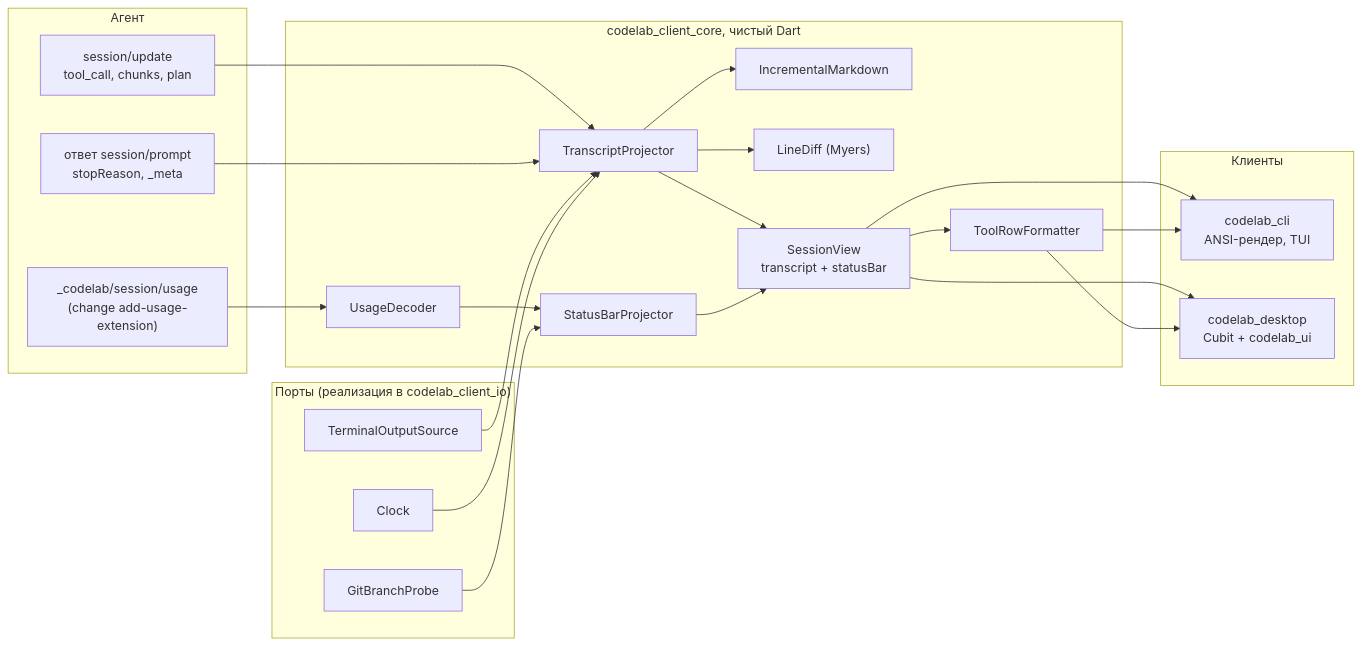
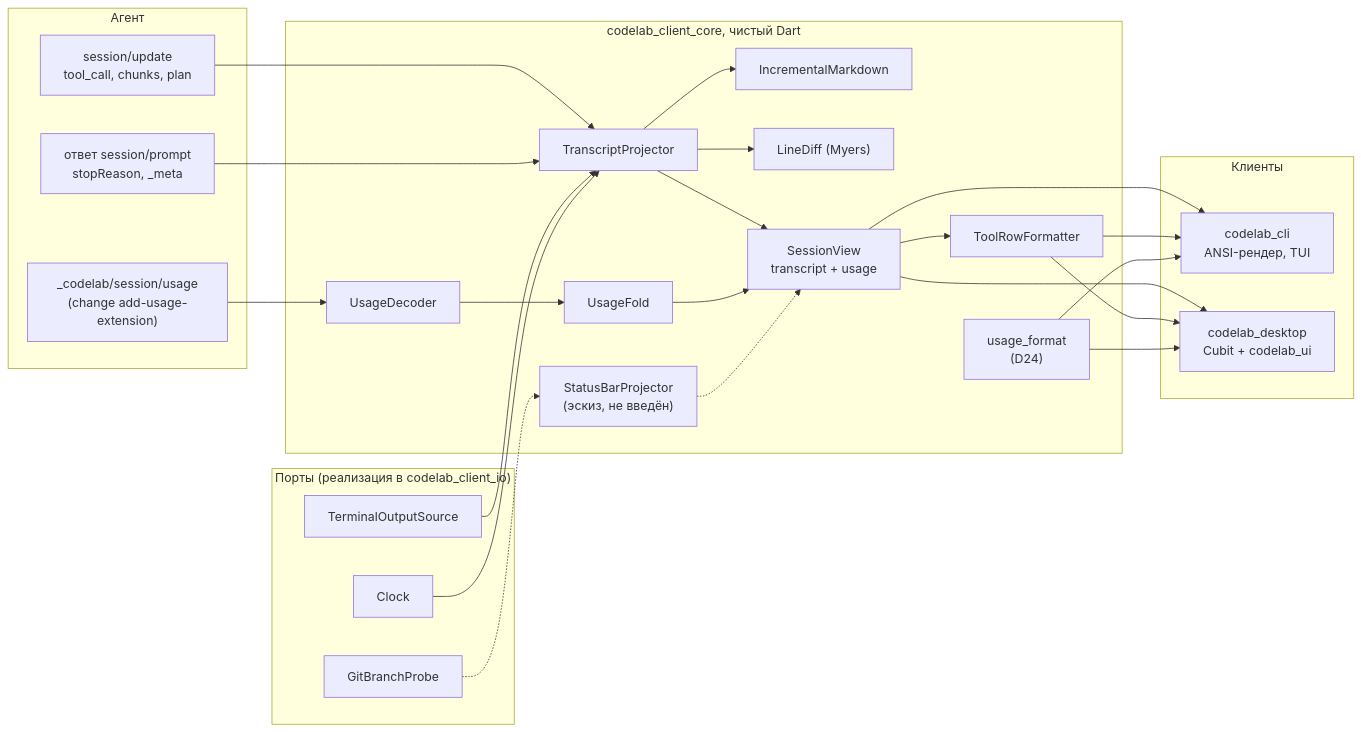
The diagram in docs/architecture/proposals/dart-agent-and-clients/12-1-view-model.md (pese-git/codelab-app), drawn with Mermaid before and after one commit. The commit also changed other lines of this file and 9 other files, not shown here.

Commit message:
docs: add-usage-extension — итерация 4: итог ручной проверки (D25), noUsage у шага, прерванного отменой без usage провайдера (D26), Q20, сверка документов архитектуры с кодом (4.2), отступление артборда CliStatus

````diff
--- a/docs/architecture/proposals/dart-agent-and-clients/12-1-view-model.md
+++ b/docs/architecture/proposals/dart-agent-and-clients/12-1-view-model.md
@@ -29,42 +29,47 @@
 ```mermaid
 flowchart LR
     subgraph Agent["Агент"]
         SU["session/update<br/>tool_call, chunks, plan"]
         PR["ответ session/prompt<br/>stopReason, _meta"]
         UX["_codelab/session/usage<br/>(change add-usage-extension)"]
     end
     subgraph Kit["codelab_client_core, чистый Dart"]
         TP["TranscriptProjector"]
         MD["IncrementalMarkdown"]
         DF["LineDiff (Myers)"]
         UD["UsageDecoder"]
-        SB["StatusBarProjector"]
+        UF["UsageFold"]
+        UFM["usage_format<br/>(D24)"]
+        SB["StatusBarProjector<br/>(эскиз, не введён)"]
         TR["ToolRowFormatter"]
-        SV["SessionView<br/>transcript + statusBar"]
+        SV["SessionView<br/>transcript + usage"]
     end
     subgraph Ports["Порты (реализация в codelab_client_io)"]
         GB["GitBranchProbe"]
         TO["TerminalOutputSource"]
         CL["Clock"]
     end
     subgraph Clients["Клиенты"]
         CLI["codelab_cli<br/>ANSI-рендер, TUI"]
         APP["codelab_desktop<br/>Cubit + codelab_ui"]
     end
     SU --> TP
     PR --> TP
     UX --> UD
     TP --> MD
     TP --> DF
     TP --> SV
-    UD --> SB
-    GB --> SB
+    UD --> UF
+    UF --> SV
+    GB -.-> SB
+    SB -.-> SV
     TO --> TP
     CL --> TP
-    SB --> SV
     SV --> TR
     SV --> CLI
     TR --> CLI
+    UFM --> CLI
     SV --> APP
     TR --> APP
+    UFM --> APP
 ```
````
